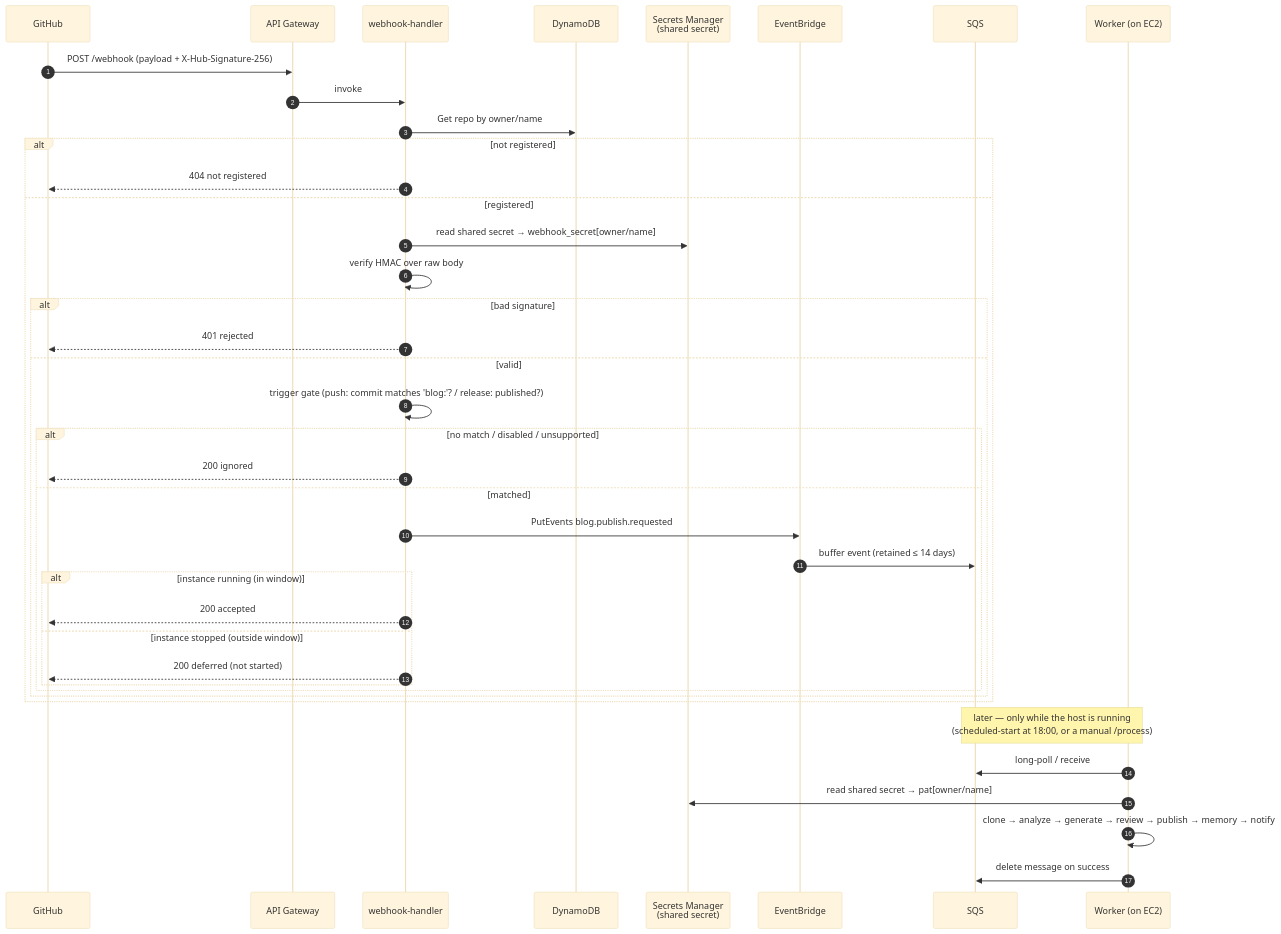
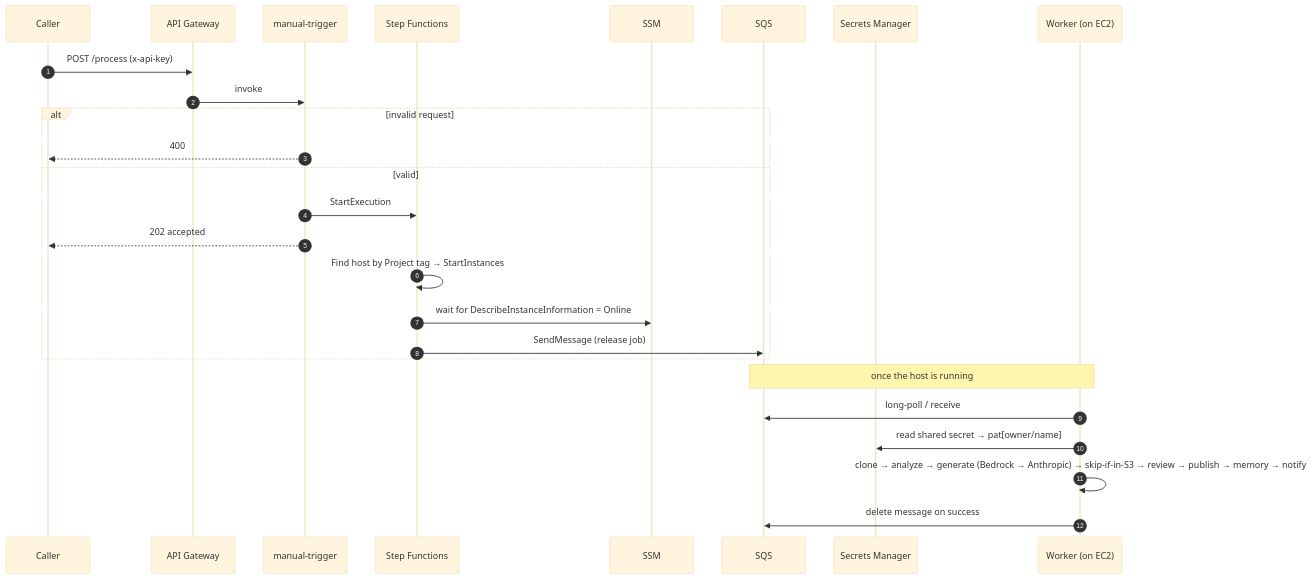
Before and after one commit to teddynted/ai-github-repository-blog-generator: the second of 10 diagrams in docs/workflows.md, drawn with Mermaid (base theme). The commit also changed other lines of this file, not shown here.

First line of the commit message:
docs(workflows): /process → Step Functions → worker + Provider Router (Stage D)

````diff
--- a/docs/workflows.md
+++ b/docs/workflows.md
@@ -38,44 +37,30 @@
 ```mermaid
 sequenceDiagram
     autonumber
-    participant GH as GitHub
+    participant C as Caller
     participant API as API Gateway
-    participant LH as webhook-handler
-    participant DDB as DynamoDB
-    participant SEC as Secrets Manager<br/>(shared secret)
-    participant EB as EventBridge
+    participant LT as manual-trigger
+    participant SFN as Step Functions
+    participant SSM as SSM
     participant SQS as SQS
+    participant SEC as Secrets Manager
     participant W as Worker (on EC2)
 
-    GH->>API: POST /webhook (payload + X-Hub-Signature-256)
-    API->>LH: invoke
-    LH->>DDB: Get repo by owner/name
-    alt not registered
-        LH-->>GH: 404 not registered
-    else registered
-        LH->>SEC: read shared secret → webhook_secret[owner/name]
-        LH->>LH: verify HMAC over raw body
-        alt bad signature
-            LH-->>GH: 401 rejected
-        else valid
-            LH->>LH: trigger gate (push: commit matches 'blog:'? / release: published?)
-            alt no match / disabled / unsupported
-                LH-->>GH: 200 ignored
-            else matched
-                LH->>EB: PutEvents blog.publish.requested
-                EB->>SQS: buffer event (retained ≤ 14 days)
-                alt instance running (in window)
-                    LH-->>GH: 200 accepted
-                else instance stopped (outside window)
-                    LH-->>GH: 200 deferred (not started)
-                end
-            end
-        end
+    C->>API: POST /process (x-api-key)
+    API->>LT: invoke
+    alt invalid request
+        LT-->>C: 400
+    else valid
+        LT->>SFN: StartExecution
+        LT-->>C: 202 accepted
+        SFN->>SFN: Find host by Project tag → StartInstances
+        SFN->>SSM: wait for DescribeInstanceInformation = Online
+        SFN->>SQS: SendMessage (release job)
     end
 
-    Note over SQS,W: later — only while the host is running<br/>(scheduled-start at 18:00, or a manual /process)
+    Note over SQS,W: once the host is running
     W->>SQS: long-poll / receive
     W->>SEC: read shared secret → pat[owner/name]
-    W->>W: clone → analyze → generate → review → publish → memory → notify
+    W->>W: clone → analyze → generate (Bedrock → Anthropic) → skip-if-in-S3 → review → publish → memory → notify
     W->>SQS: delete message on success
 ```
````
